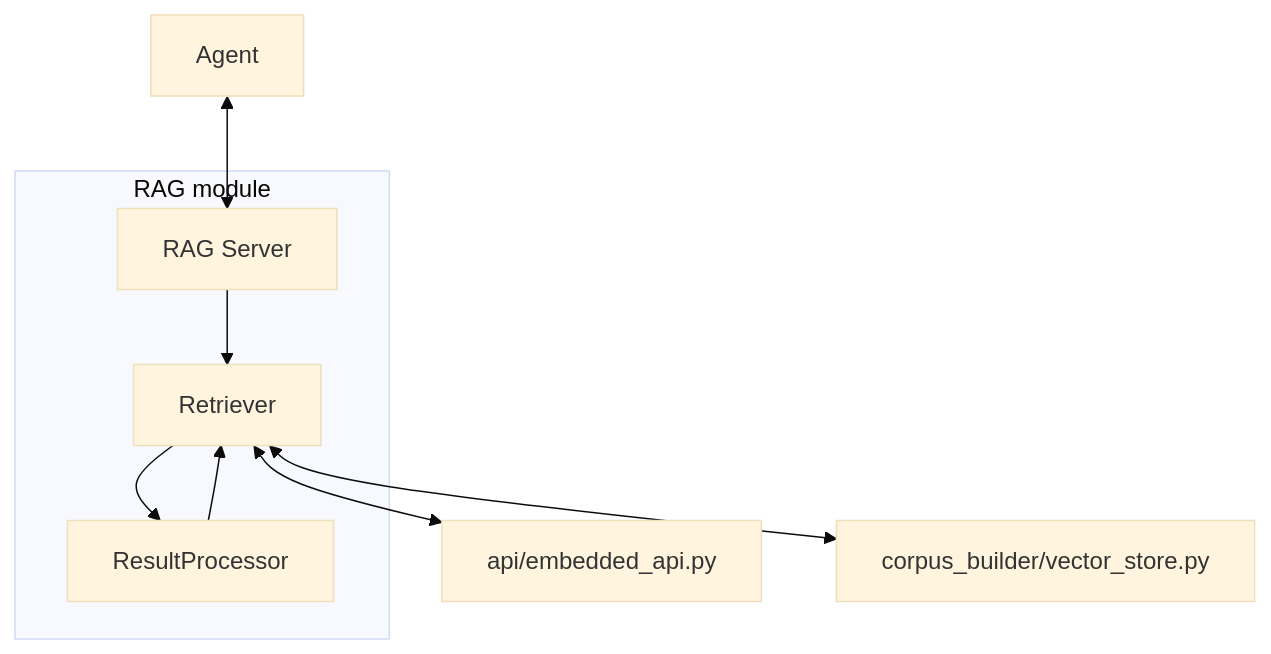
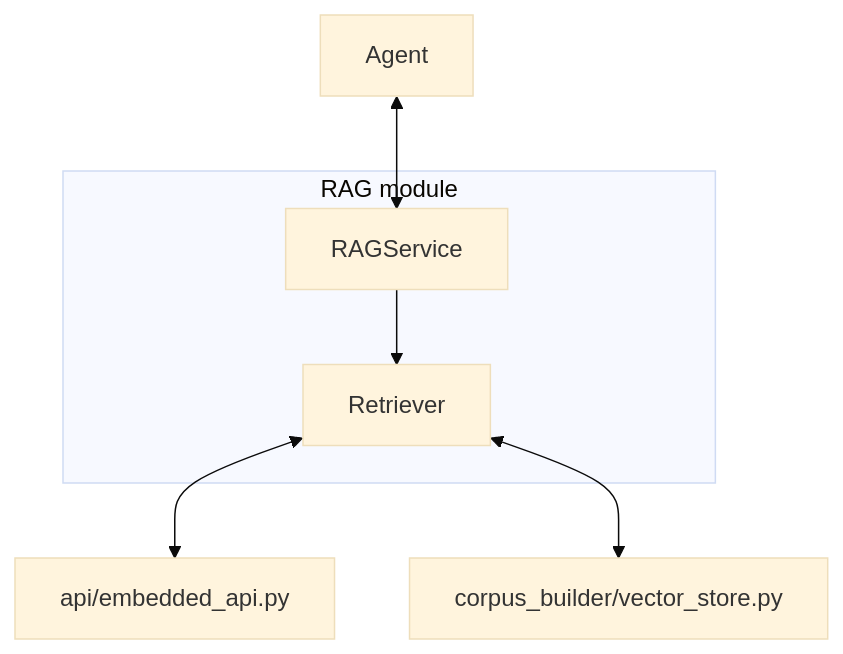
Before and after one commit to Bymtriax/AI-LLM-assisted-Security-Compliance-Review: the third of 3 diagrams in docs/FRAMEWORK.md, drawn with Mermaid (base theme). The commit also changed other lines of this file and 24 other files, not shown here.

````diff
--- a/docs/FRAMEWORK.md
+++ b/docs/FRAMEWORK.md
@@ -134,19 +133,15 @@
 ```mermaid
 flowchart TB
-    agent["Agent"] <--> server
+    agent["Agent"] <--> service
     embedding["api/embedded_api.py"]
     store["corpus_builder/vector_store.py"]
 
     subgraph rag["RAG module"]
-        server["RAG Server"]
+        service["RAGService"]
         retriever["Retriever"]
-        processor["ResultProcessor"]
-
-        server --> retriever
-        retriever --> processor
-        processor --> retriever
+        service --> retriever
     end
 
     retriever <--> embedding
     retriever <--> store
 ```
````
